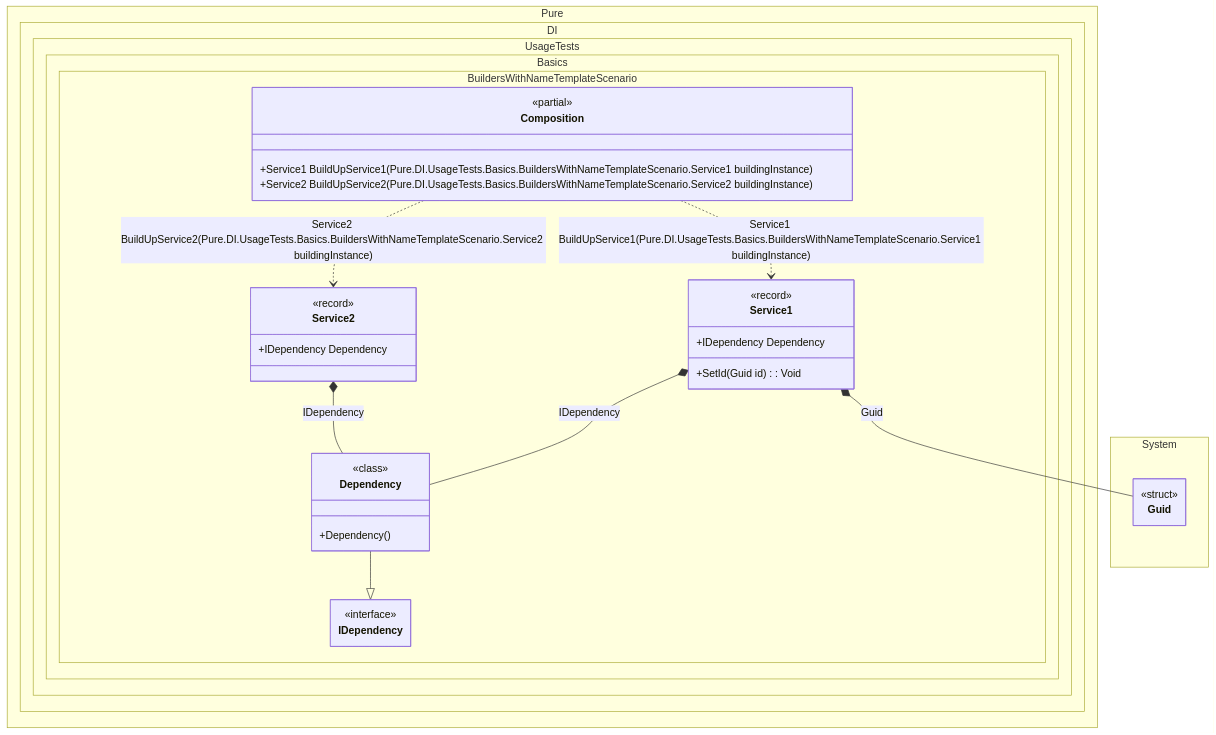
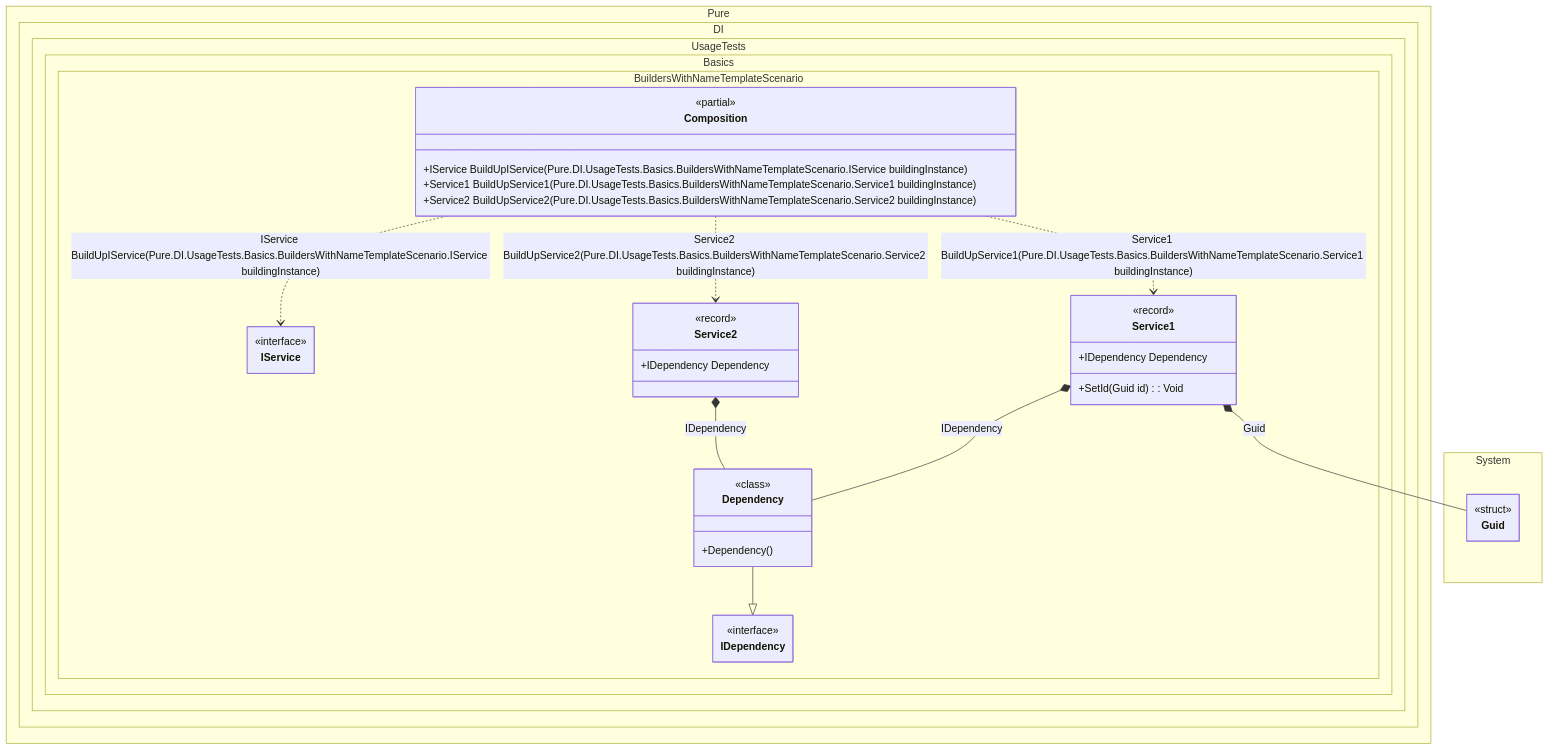
Before and after one commit to DevTeam/Pure.DI: the diagram in readme/builders-with-a-name-template.md, drawn with Mermaid. The commit also changed other lines of this file and 33 other files, not shown here.

````diff
--- a/readme/builders-with-a-name-template.md
+++ b/readme/builders-with-a-name-template.md
@@ -143,44 +182,49 @@
 ```mermaid
 ---
  config:
   maxTextSize: 2147483647
   maxEdges: 2147483647
   class:
    hideEmptyMembersBox: true
 ---
 classDiagram
 	Dependency --|> IDependency
+	Composition ..> IService : IService BuildUpIService(Pure.DI.UsageTests.Basics.BuildersWithNameTemplateScenario.IService buildingInstance)
 	Composition ..> Service2 : Service2 BuildUpService2(Pure.DI.UsageTests.Basics.BuildersWithNameTemplateScenario.Service2 buildingInstance)
 	Composition ..> Service1 : Service1 BuildUpService1(Pure.DI.UsageTests.Basics.BuildersWithNameTemplateScenario.Service1 buildingInstance)
 	Service1 *--  Guid : Guid
 	Service1 *--  Dependency : IDependency
 	Service2 *--  Dependency : IDependency
 	namespace Pure.DI.UsageTests.Basics.BuildersWithNameTemplateScenario {
 		class Composition {
 		<<partial>>
+		+IService BuildUpIService(Pure.DI.UsageTests.Basics.BuildersWithNameTemplateScenario.IService buildingInstance)
 		+Service1 BuildUpService1(Pure.DI.UsageTests.Basics.BuildersWithNameTemplateScenario.Service1 buildingInstance)
 		+Service2 BuildUpService2(Pure.DI.UsageTests.Basics.BuildersWithNameTemplateScenario.Service2 buildingInstance)
 		}
 		class Dependency {
 				<<class>>
 			+Dependency()
 		}
 		class IDependency {
 			<<interface>>
+		}
+		class IService {
+				<<interface>>
 		}
 		class Service1 {
 				<<record>>
 			+IDependency Dependency
 			+SetId(Guid id) : Void
 		}
 		class Service2 {
 				<<record>>
 			+IDependency Dependency
 		}
 	}
 	namespace System {
 		class Guid {
 				<<struct>>
 		}
 	}
 ```
````
